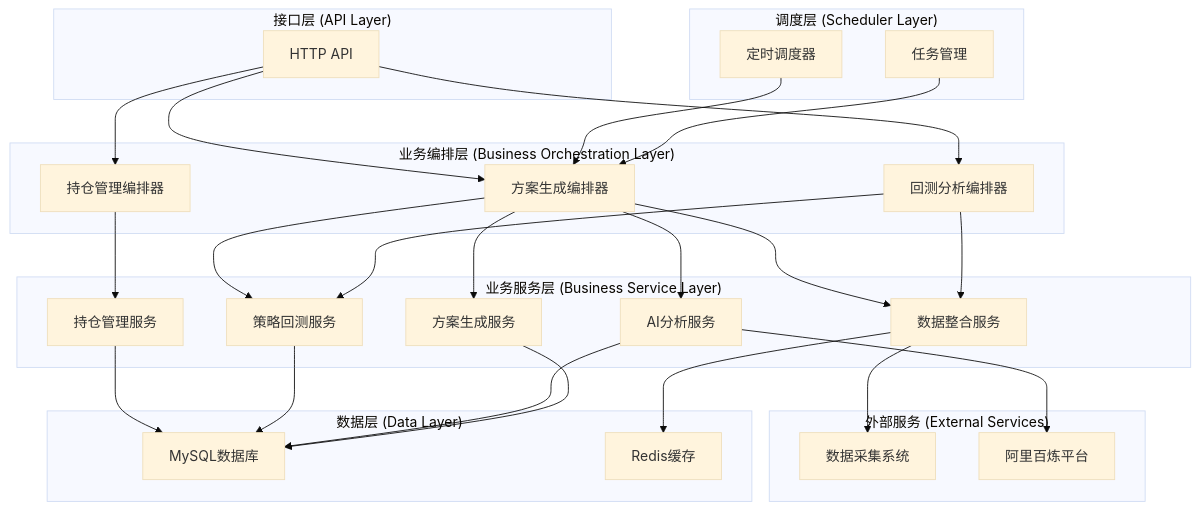
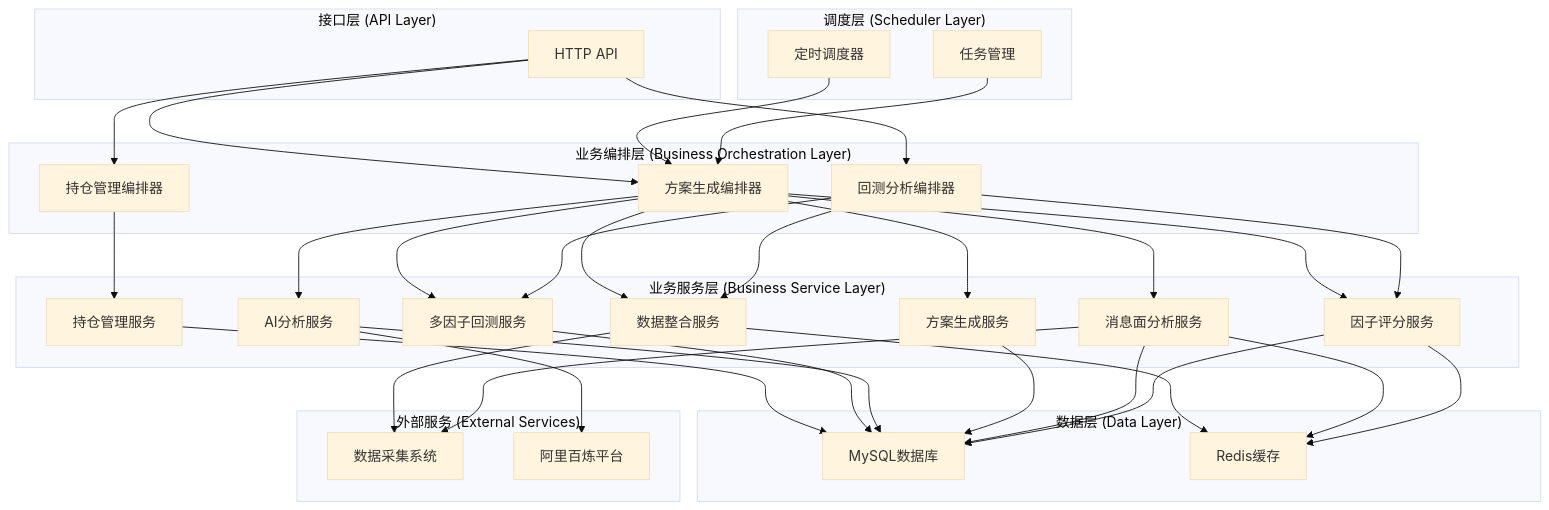
Before and after one commit to Casper-Mars/trading: the first of 6 diagrams in .trae/documents/quantitative_system_design_backend.md, drawn with Mermaid (base theme). The commit also changed other lines of this file, not shown here.

````diff
--- a/.trae/documents/quantitative_system_design_backend.md
+++ b/.trae/documents/quantitative_system_design_backend.md
@@ -30,58 +31,68 @@
 ```mermaid
 graph TB
     subgraph "接口层 (API Layer)"
         A1[HTTP API]
     end
     
     subgraph "调度层 (Scheduler Layer)"
         A2[定时调度器]
         A3[任务管理]
     end
     
     subgraph "业务编排层 (Business Orchestration Layer)"
         B1[方案生成编排器]
         B2[回测分析编排器]
         B3[持仓管理编排器]
     end
     
     subgraph "业务服务层 (Business Service Layer)"
         C1[持仓管理服务]
-        C2[策略回测服务]
+        C2[多因子回测服务]
         C3[AI分析服务]
         C4[方案生成服务]
         C5[数据整合服务]
+        C6[消息面分析服务]
+        C7[因子评分服务]
     end
     
     subgraph "数据层 (Data Layer)"
         D1[MySQL数据库]
         D2[Redis缓存]
     end
     
     subgraph "外部服务 (External Services)"
         E1[数据采集系统]
         E2[阿里百炼平台]
     end
     
     A1 --> B1
     A1 --> B2
     A1 --> B3
     A2 --> B1
     A3 --> B1
     
     B1 --> C5
     B1 --> C2
     B1 --> C3
     B1 --> C4
+    B1 --> C6
+    B1 --> C7
     B2 --> C2
     B2 --> C5
+    B2 --> C7
     B3 --> C1
     
     C1 --> D1
     C2 --> D1
     C3 --> D1
     C4 --> D1
     C5 --> D2
+    C6 --> D1
+    C6 --> D2
+    C7 --> D1
+    C7 --> D2
     
     C5 --> E1
+    C6 --> E1
     C3 --> E2
 ```
````
